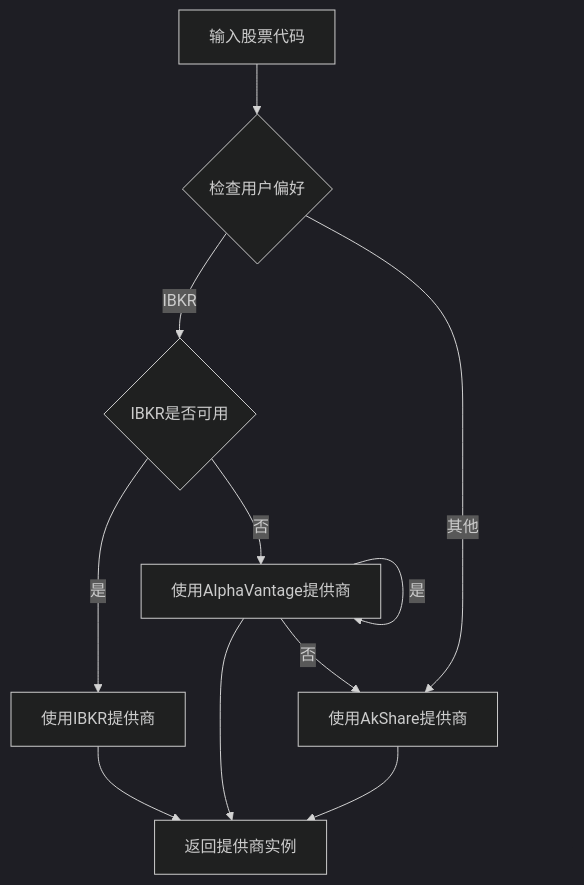
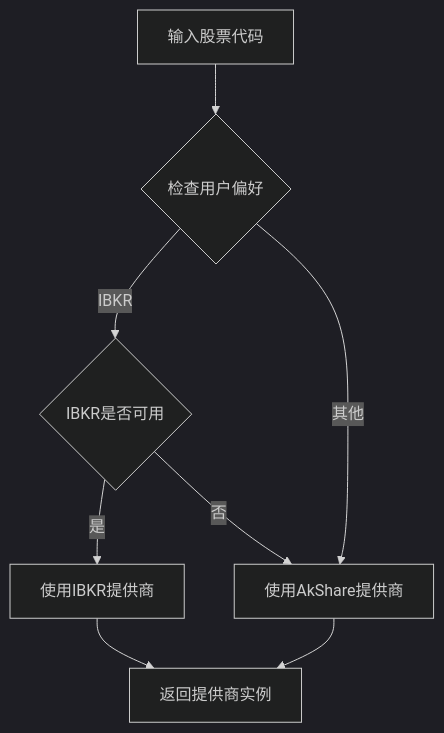
The seventh of 19 diagrams in .qoder/repowiki/zh/content/后端开发指南/业务服务实现/市场数据提供商架构.md (breeze-lyf/ai-stock-advisor), drawn with Mermaid (dark theme) before and after one commit. The commit also changed other lines of this file and 122 other files, not shown here.

````diff
--- a/.qoder/repowiki/zh/content/后端开发指南/业务服务实现/市场数据提供商架构.md
+++ b/.qoder/repowiki/zh/content/后端开发指南/业务服务实现/市场数据提供商架构.md
@@ -409,13 +398,10 @@
 ```mermaid
 flowchart TD
 Input[输入股票代码] --> CheckSource{"检查用户偏好"}
 CheckSource --> |IBKR| CheckIBKR{"IBKR是否可用"}
+CheckSource --> |其他| UseAkShare["使用AkShare提供商"]
 CheckIBKR --> |是| UseIBKR["使用IBKR提供商"]
-CheckIBKR --> |否| UseAV{"AlphaVantage是否有API Key"}
-UseAV --> |是| UseAV["使用AlphaVantage提供商"]
-UseAV --> |否| UseAkShare["使用AkShare提供商"]
-CheckSource --> |其他| UseAkShare
+CheckIBKR --> |否| UseAkShare
 UseIBKR --> ReturnProvider["返回提供商实例"]
-UseAV --> ReturnProvider
 UseAkShare --> ReturnProvider
 ```
````
